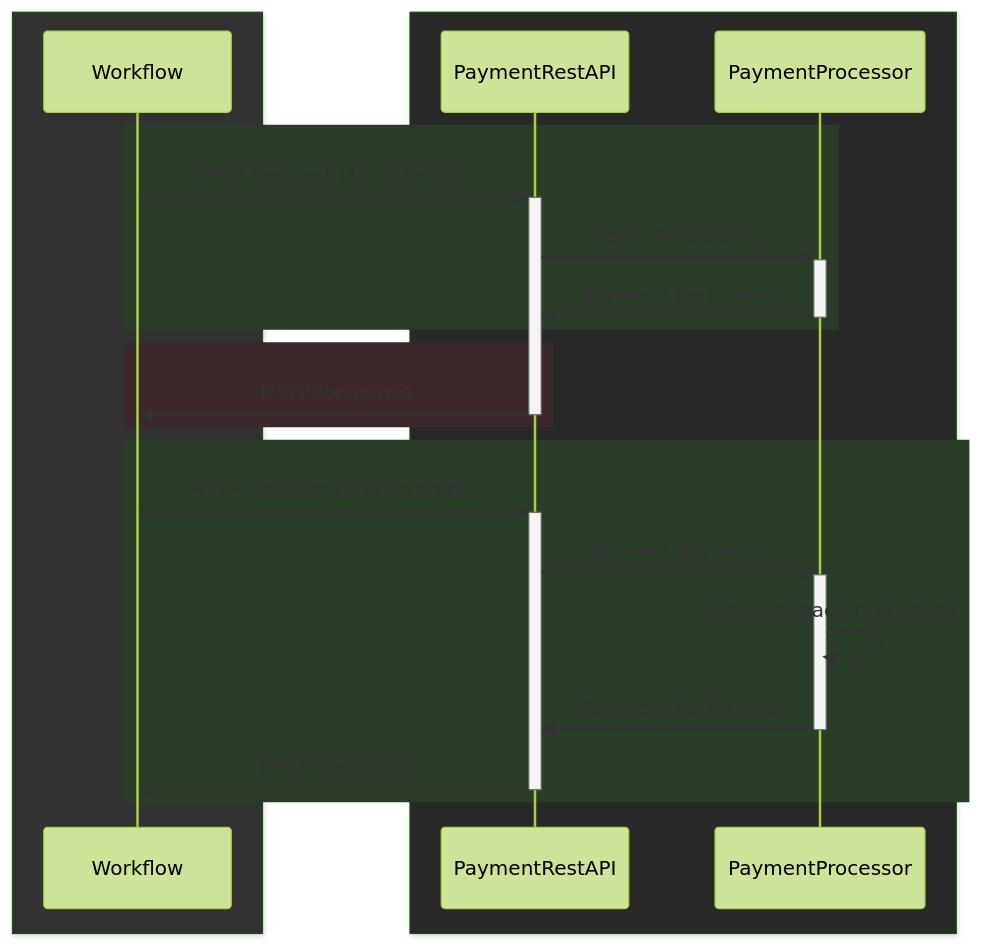
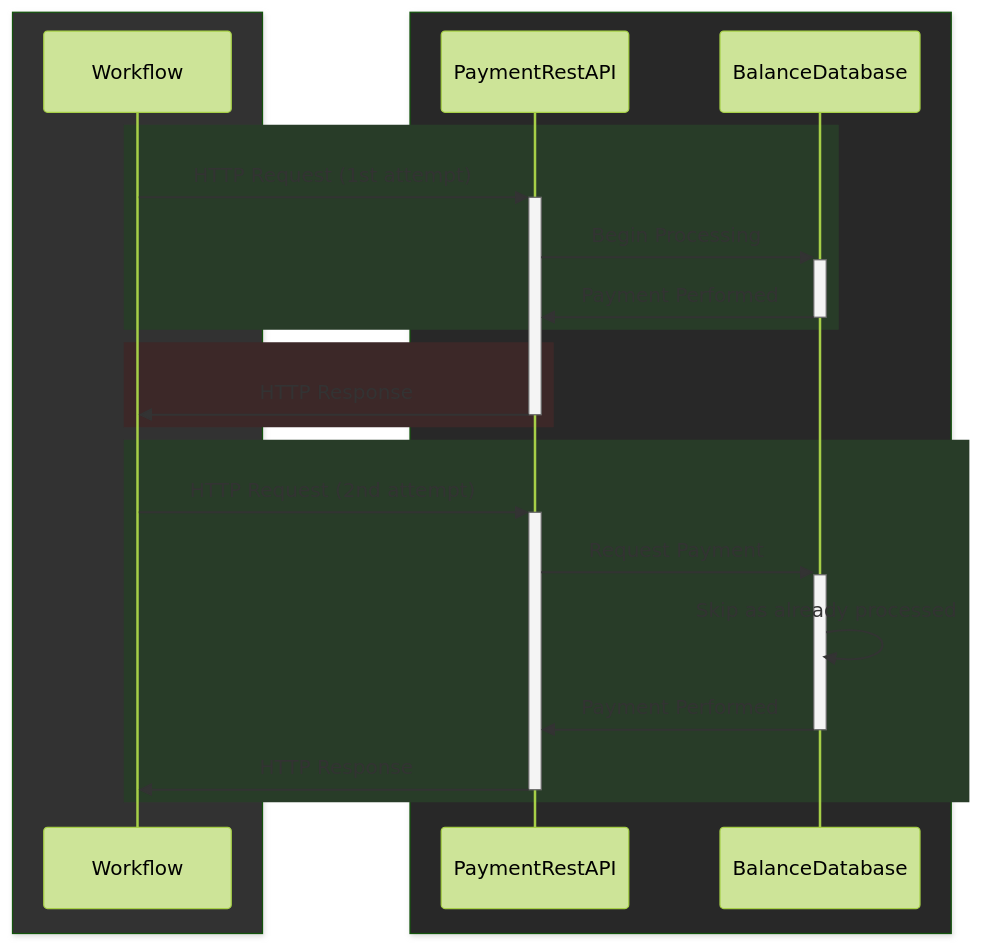
One commit to mattiamanzati/durable-workflows-with-effect-cluster changed the sixth of 6 diagrams in slides.md. Above: the diagram before and after it, drawn with Mermaid (forest theme). The commit also changed other lines of this file and 1 other file, not shown here.

````diff
--- a/slides.md
+++ b/slides.md
@@ -679,25 +679,25 @@
 ```mermaid { scale: 0.55 }
 sequenceDiagram
 box rgb(50,50,50)
 participant Workflow
 end
 box rgb(40,40,40)
 participant PaymentRestAPI
-participant PaymentProcessor
+participant BalanceDatabase
 end
 rect rgb(40,60,40)
 Workflow->>+PaymentRestAPI: HTTP Request (1st attempt)
-PaymentRestAPI->>+PaymentProcessor: Begin Processing
-PaymentProcessor->>-PaymentRestAPI: Payment Performed 
+PaymentRestAPI->>+BalanceDatabase: Begin Processing
+BalanceDatabase->>-PaymentRestAPI: Payment Performed 
 end
 rect rgb(60,40,40)
 PaymentRestAPI->>-Workflow: HTTP Response
 end
 rect rgb(40,60,40)
 Workflow->>+PaymentRestAPI: HTTP Request (2nd attempt)
-PaymentRestAPI->>+PaymentProcessor: Request Payment
-PaymentProcessor->>PaymentProcessor: Skip as already processed
-PaymentProcessor->>-PaymentRestAPI: Payment Performed
+PaymentRestAPI->>+BalanceDatabase: Request Payment
+BalanceDatabase->>BalanceDatabase: Skip as already processed
+BalanceDatabase->>-PaymentRestAPI: Payment Performed
 PaymentRestAPI->>-Workflow: HTTP Response
 end
 ```
````
